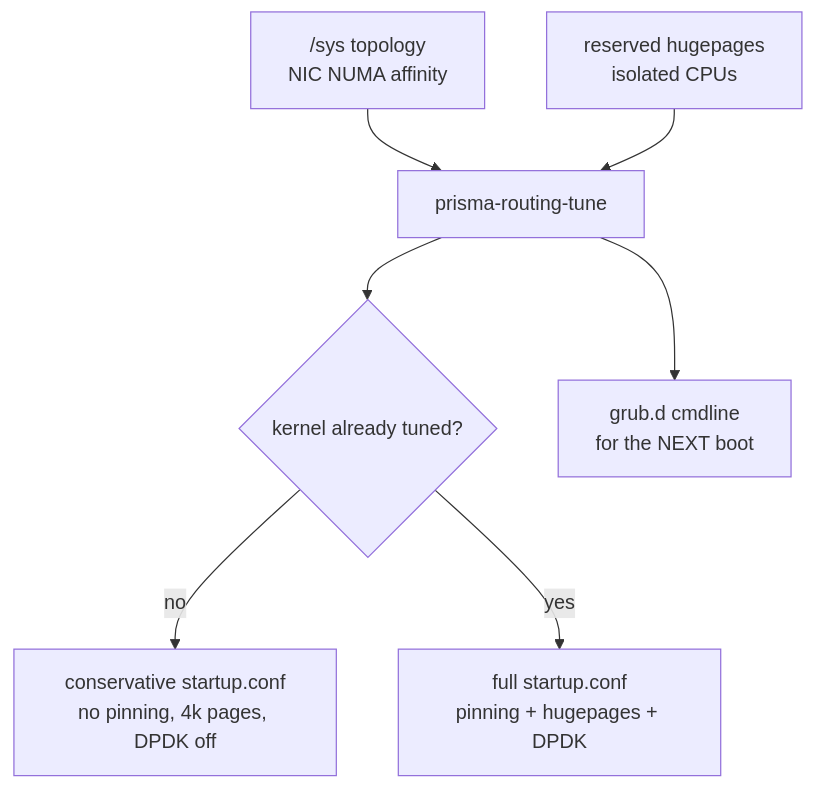
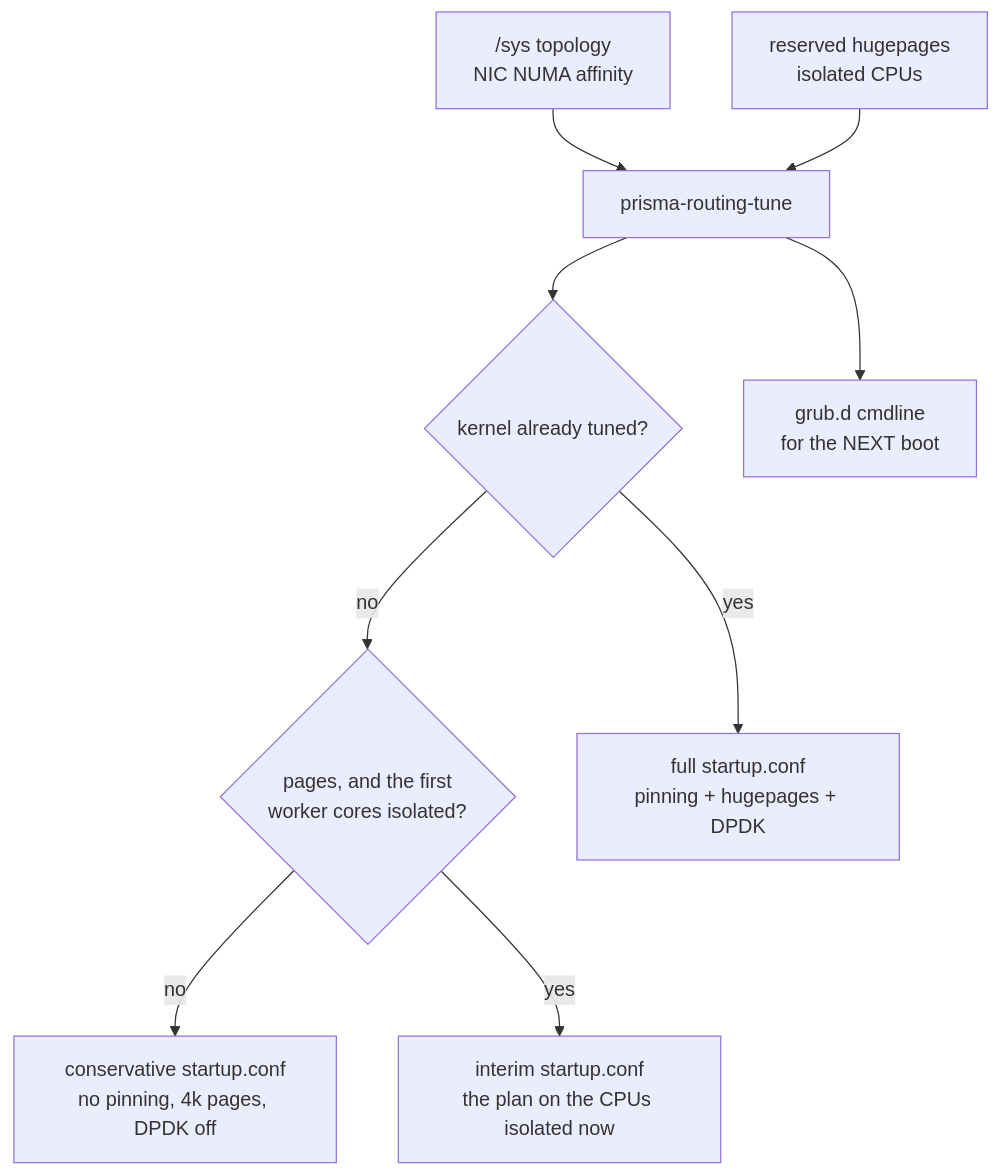
Before and after one commit to andrediashexa/prismarouting: the first of 3 diagrams in docs/appliance.md, drawn with Mermaid. The commit also changed other lines of this file and 5 other files, not shown here.

First line of the commit message:
tune: the boot between two plans runs the workers already isolated, not DPDK off (#486)

````diff
--- a/docs/appliance.md
+++ b/docs/appliance.md
@@ -47,9 +47,11 @@
 ```mermaid
 flowchart TB
     A["/sys topology<br/>NIC NUMA affinity"] --> B["prisma-routing-tune"]
     C["reserved hugepages<br/>isolated CPUs"] --> B
     B --> D{"kernel already tuned?"}
-    D -->|no| E["conservative startup.conf<br/>no pinning, 4k pages, DPDK off"]
+    D -->|no| H{"pages, and the first<br/>worker cores isolated?"}
+    H -->|no| E["conservative startup.conf<br/>no pinning, 4k pages, DPDK off"]
+    H -->|yes| I["interim startup.conf<br/>the plan on the CPUs isolated now"]
     D -->|yes| F["full startup.conf<br/>pinning + hugepages + DPDK"]
     B --> G["grub.d cmdline<br/>for the NEXT boot"]
 ```
````
